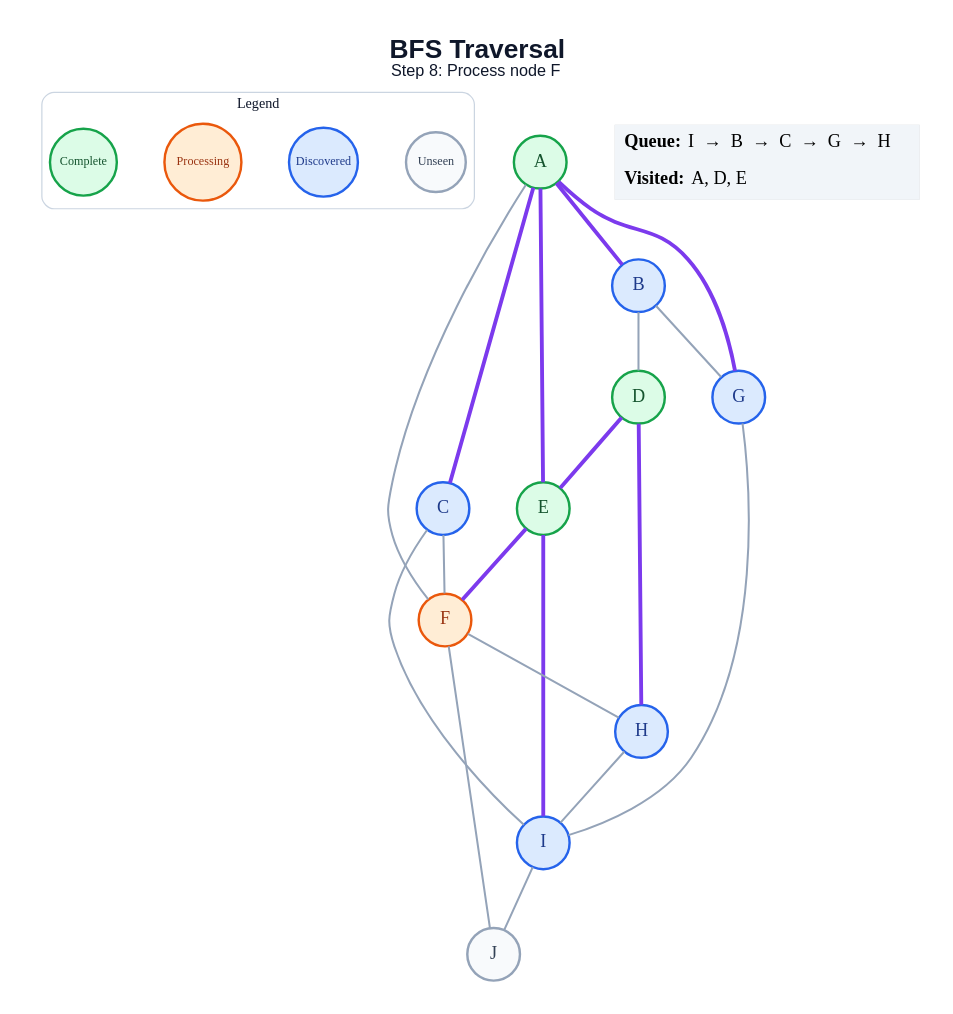
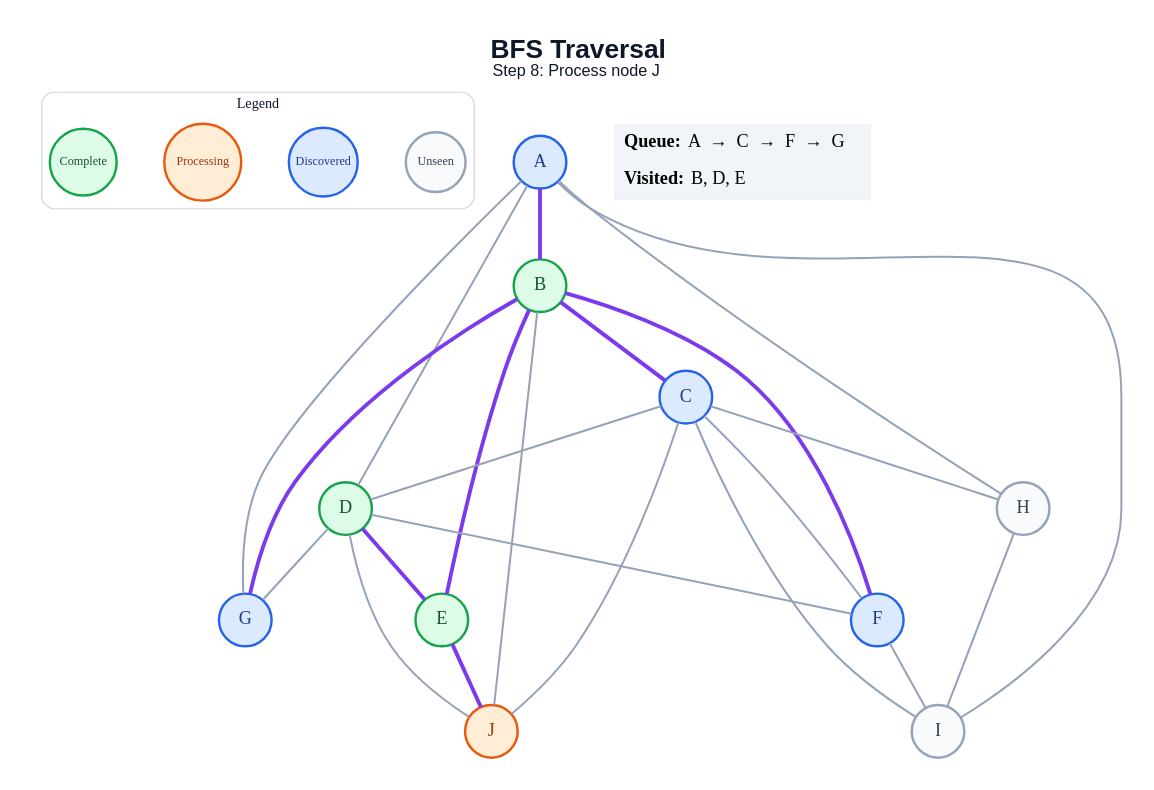
Before and after one commit to amanghodawala9/ai-slop: the diagram in generated/specific-node/bfs/step_08.dot, drawn with Graphviz. The commit also changed 178 other files, not shown here.

```diff
--- a/generated/specific-node/bfs/step_08.dot
+++ b/generated/specific-node/bfs/step_08.dot
@@ -1,47 +1,51 @@
 graph traversal {
   graph [layout=dot, rankdir=TB, bgcolor="#FFFFFF", pad="0.35", nodesep="0.65", ranksep="0.8", fontname="Arial"];
   node [shape=circle, style="filled", fontname="Arial Bold", fontsize=18, width=0.72, fixedsize=true, penwidth=2.4];
   edge [color="#94A3B8", penwidth=2.0];
-  label=<<B>BFS Traversal</B><BR/><FONT POINT-SIZE="16">Step 8: Process node F</FONT>>; labelloc="t"; fontsize=26; fontname="Arial"; fontcolor="#0F172A";
+  label=<<B>BFS Traversal</B><BR/><FONT POINT-SIZE="16">Step 8: Process node J</FONT>>; labelloc="t"; fontsize=26; fontname="Arial"; fontcolor="#0F172A";
   subgraph cluster_legend { label="Legend"; color="#CBD5E1"; penwidth=1.2; style="rounded"; fontsize=14; fontname="Arial Bold";
     key_unseen [label="Unseen", fillcolor="#F8FAFC", color="#94A3B8", fontcolor="#334155", fontsize=12, width=0.82];
     key_frontier [label="Discovered", fillcolor="#DBEAFE", color="#2563EB", fontcolor="#1E3A8A", fontsize=12, width=0.95];
     key_current [label="Processing", fillcolor="#FFEDD5", color="#EA580C", fontcolor="#9A3412", fontsize=12, width=1.05];
     key_done [label="Complete", fillcolor="#DCFCE7", color="#16A34A", fontcolor="#14532D", fontsize=12, width=0.92];
     { rank=same; key_unseen; key_frontier; key_current; key_done; }
   }
-  A [fillcolor="#DCFCE7", color="#16A34A", fontcolor="#14532D"];
-  B [fillcolor="#DBEAFE", color="#2563EB", fontcolor="#1E3A8A"];
+  A [fillcolor="#DBEAFE", color="#2563EB", fontcolor="#1E3A8A"];
+  B [fillcolor="#DCFCE7", color="#16A34A", fontcolor="#14532D"];
   C [fillcolor="#DBEAFE", color="#2563EB", fontcolor="#1E3A8A"];
   D [fillcolor="#DCFCE7", color="#16A34A", fontcolor="#14532D"];
   E [fillcolor="#DCFCE7", color="#16A34A", fontcolor="#14532D"];
-  F [fillcolor="#FFEDD5", color="#EA580C", fontcolor="#9A3412"];
+  F [fillcolor="#DBEAFE", color="#2563EB", fontcolor="#1E3A8A"];
   G [fillcolor="#DBEAFE", color="#2563EB", fontcolor="#1E3A8A"];
-  H [fillcolor="#DBEAFE", color="#2563EB", fontcolor="#1E3A8A"];
-  I [fillcolor="#DBEAFE", color="#2563EB", fontcolor="#1E3A8A"];
-  J [fillcolor="#F8FAFC", color="#94A3B8", fontcolor="#334155"];
+  H [fillcolor="#F8FAFC", color="#94A3B8", fontcolor="#334155"];
+  I [fillcolor="#F8FAFC", color="#94A3B8", fontcolor="#334155"];
+  J [fillcolor="#FFEDD5", color="#EA580C", fontcolor="#9A3412"];
   A -- B [color="#7C3AED", penwidth=3.8];
-  A -- C [color="#7C3AED", penwidth=3.8];
-  A -- E [color="#7C3AED", penwidth=3.8];
-  A -- F;
-  A -- G [color="#7C3AED", penwidth=3.8];
-  B -- D;
-  B -- G;
+  A -- D;
+  A -- G;
+  A -- H;
+  A -- I;
+  B -- C [color="#7C3AED", penwidth=3.8];
+  B -- E [color="#7C3AED", penwidth=3.8];
+  B -- F [color="#7C3AED", penwidth=3.8];
+  B -- G [color="#7C3AED", penwidth=3.8];
+  B -- J;
+  C -- D;
   C -- F;
+  C -- H;
   C -- I;
+  C -- J;
   D -- E [color="#7C3AED", penwidth=3.8];
-  D -- H [color="#7C3AED", penwidth=3.8];
-  E -- F [color="#7C3AED", penwidth=3.8];
-  E -- I [color="#7C3AED", penwidth=3.8];
-  F -- H;
-  F -- J;
-  G -- I;
+  D -- F;
+  D -- G;
+  D -- J;
+  E -- J [color="#7C3AED", penwidth=3.8];
+  F -- I;
   H -- I;
-  I -- J;
   status [shape=plain, fixedsize=false, width=0, height=0, margin=0, label=<
     <TABLE BORDER="0" CELLBORDER="0" CELLPADDING="7" BGCOLOR="#F1F5F9">
-      <TR><TD ALIGN="LEFT"><B>Queue:</B> I  →  B  →  C  →  G  →  H</TD></TR>
-      <TR><TD ALIGN="LEFT"><B>Visited:</B> A, D, E</TD></TR>
+      <TR><TD ALIGN="LEFT"><B>Queue:</B> A  →  C  →  F  →  G</TD></TR>
+      <TR><TD ALIGN="LEFT"><B>Visited:</B> B, D, E</TD></TR>
     </TABLE>
   >];
 }
```
